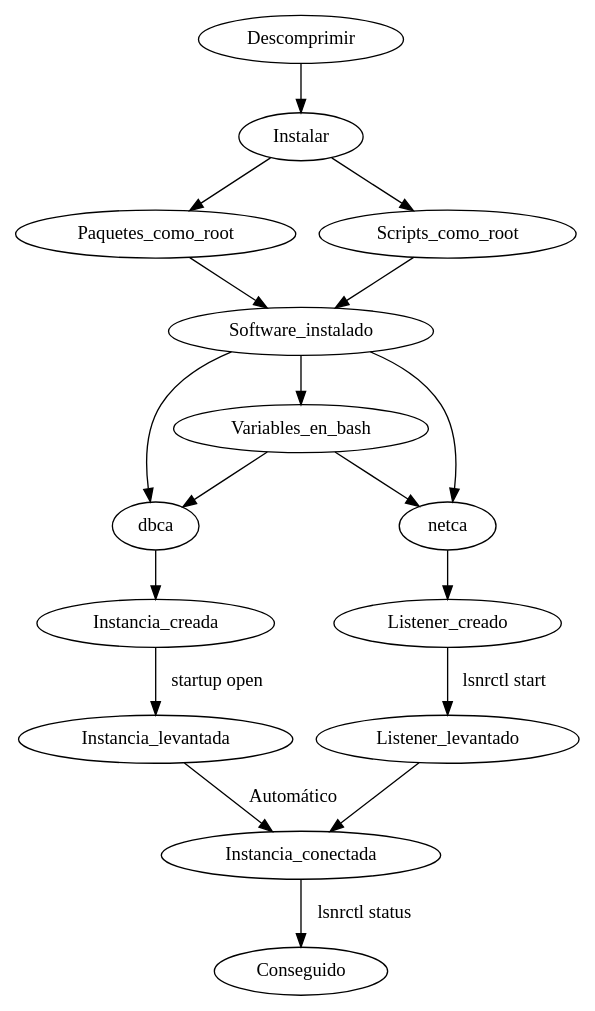
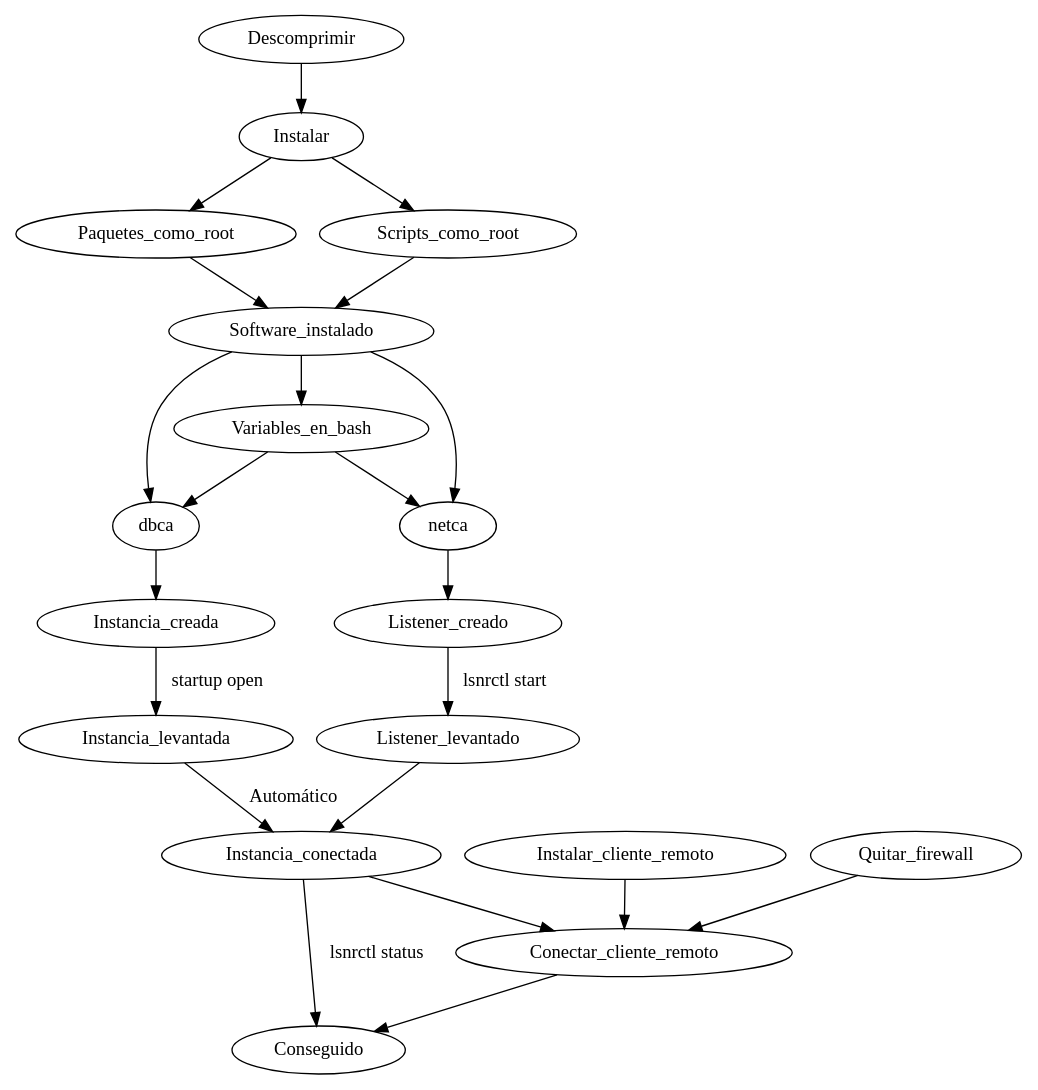
The diagram in sistemas-gestores-bbdd-asir2/apuntes/1/asgbd-1-instalar-oracle.org (overdrive80/apuntes-clase), drawn with Graphviz before and after one commit.

Commit message:
cliente remoto en grafico

```diff
--- a/sistemas-gestores-bbdd-asir2/apuntes/1/asgbd-1-instalar-oracle.org
+++ b/sistemas-gestores-bbdd-asir2/apuntes/1/asgbd-1-instalar-oracle.org
@@ -519,31 +519,39 @@
 #+BEGIN_SRC dot :file diagrama-instalacion-oracle.svg :exports results :cmdline -Tsvg
 digraph {
   Descomprimir -> Instalar
   Instalar -> Paquetes_como_root
   Instalar -> Scripts_como_root
 
   Paquetes_como_root -> Software_instalado
   Scripts_como_root -> Software_instalado
   Software_instalado -> Variables_en_bash
 
   Software_instalado -> dbca
   Software_instalado -> netca
 
   Variables_en_bash -> dbca
   Variables_en_bash -> netca
 
 
   netca -> Listener_creado
   Listener_creado -> Listener_levantado [label="lsnrctl start"]
 
   dbca -> Instancia_creada
   Instancia_creada -> Instancia_levantada [label="startup open"]
 
   Instancia_levantada -> Instancia_conectada [label="Automático"]
 
   Listener_levantado -> Instancia_conectada
 
+  Instalar_cliente_remoto -> Conectar_cliente_remoto
+
+  Quitar_firewall -> Conectar_cliente_remoto
+
+  Instancia_conectada -> Conectar_cliente_remoto
+
+  Conectar_cliente_remoto -> Conseguido
+
   Instancia_conectada -> Conseguido [label="lsnrctl status"]
 
 }
 #+END_SRC
```
